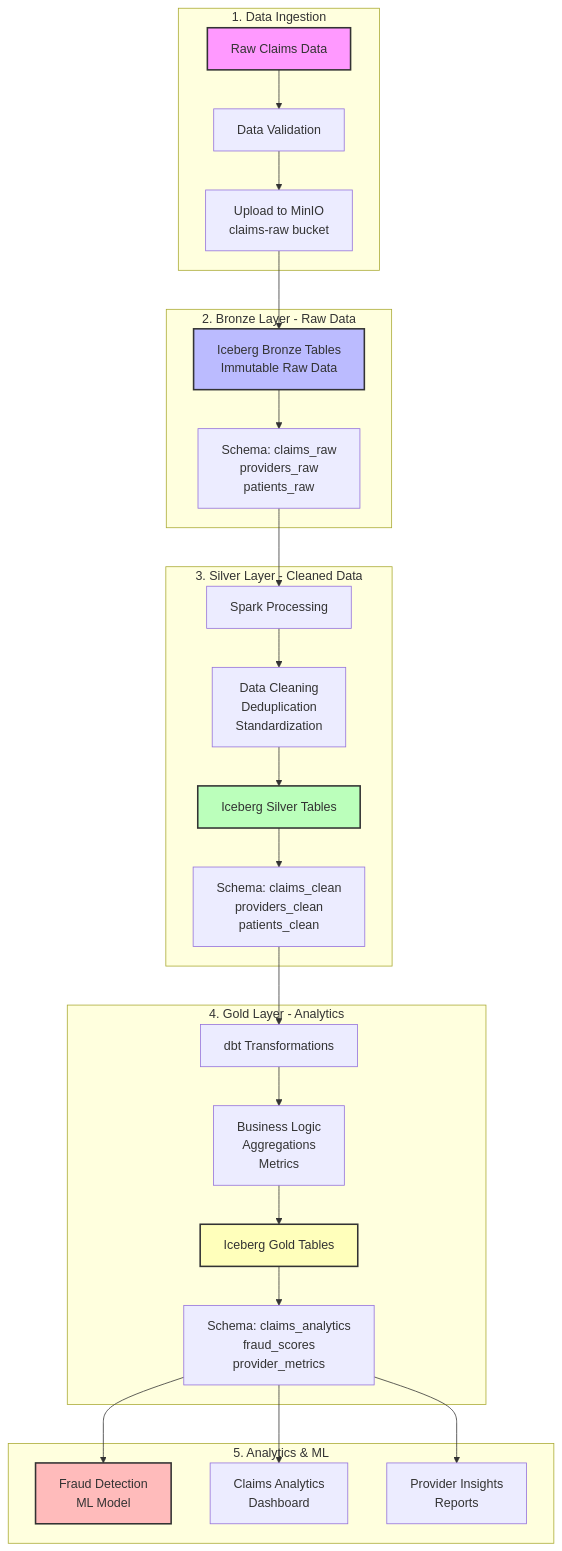
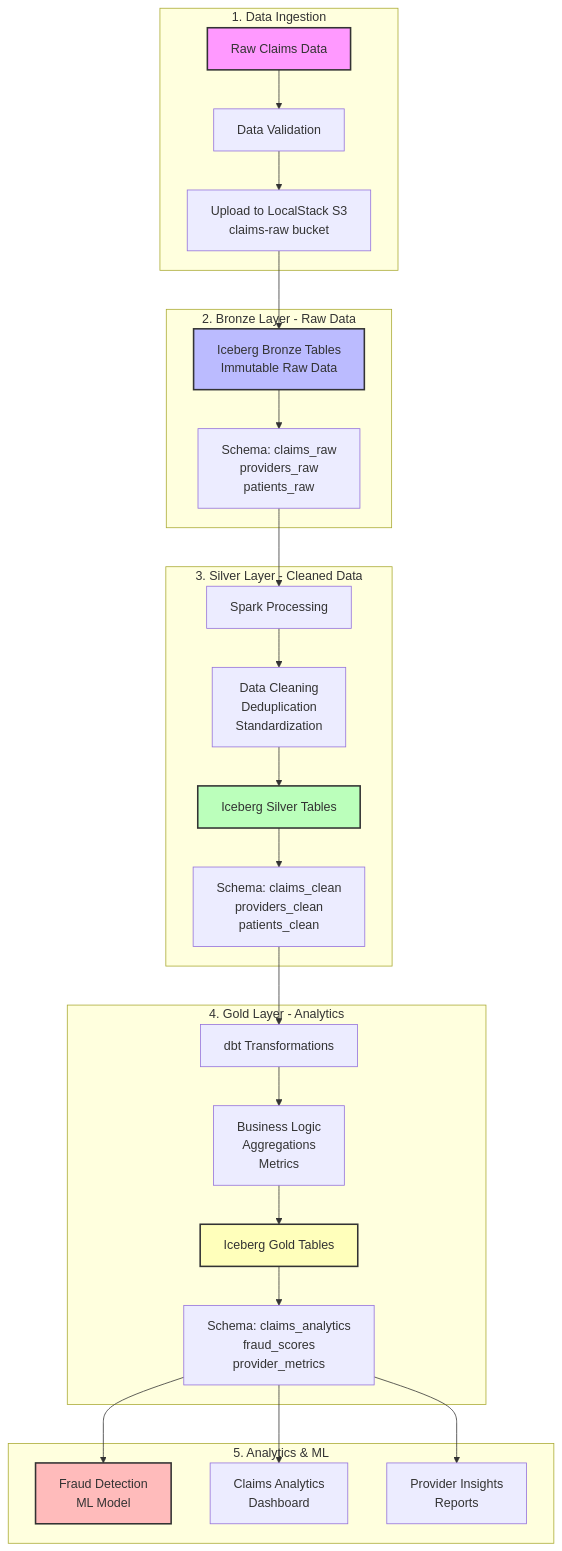
One commit to zmadni/medflow-analytics changed the third of 12 diagrams in ARCHITECTURE.md. Above: the diagram before and after it, drawn with Mermaid. The commit also changed other lines of this file and 1 other file, not shown here.

Commit message:
Migrate from MinIO to LocalStack for S3 storage

````diff
--- a/ARCHITECTURE.md
+++ b/ARCHITECTURE.md
@@ -139,38 +138,38 @@
 ```mermaid
 flowchart TD
     subgraph "1. Data Ingestion"
         A1[Raw Claims Data] --> A2[Data Validation]
-        A2 --> A3[Upload to MinIO<br/>claims-raw bucket]
+        A2 --> A3[Upload to LocalStack S3<br/>claims-raw bucket]
     end
 
     subgraph "2. Bronze Layer - Raw Data"
         A3 --> B1[Iceberg Bronze Tables<br/>Immutable Raw Data]
         B1 --> B2[Schema: claims_raw<br/>providers_raw<br/>patients_raw]
     end
 
     subgraph "3. Silver Layer - Cleaned Data"
         B2 --> C1[Spark Processing]
         C1 --> C2[Data Cleaning<br/>Deduplication<br/>Standardization]
         C2 --> C3[Iceberg Silver Tables]
         C3 --> C4[Schema: claims_clean<br/>providers_clean<br/>patients_clean]
     end
 
     subgraph "4. Gold Layer - Analytics"
         C4 --> D1[dbt Transformations]
         D1 --> D2[Business Logic<br/>Aggregations<br/>Metrics]
         D2 --> D3[Iceberg Gold Tables]
         D3 --> D4[Schema: claims_analytics<br/>fraud_scores<br/>provider_metrics]
     end
 
     subgraph "5. Analytics & ML"
         D4 --> E1[Fraud Detection<br/>ML Model]
         D4 --> E2[Claims Analytics<br/>Dashboard]
         D4 --> E3[Provider Insights<br/>Reports]
     end
 
     style A1 fill:#f9f,stroke:#333,stroke-width:2px
     style B1 fill:#bbf,stroke:#333,stroke-width:2px
     style C3 fill:#bfb,stroke:#333,stroke-width:2px
     style D3 fill:#ffb,stroke:#333,stroke-width:2px
     style E1 fill:#fbb,stroke:#333,stroke-width:2px
 ```
````
